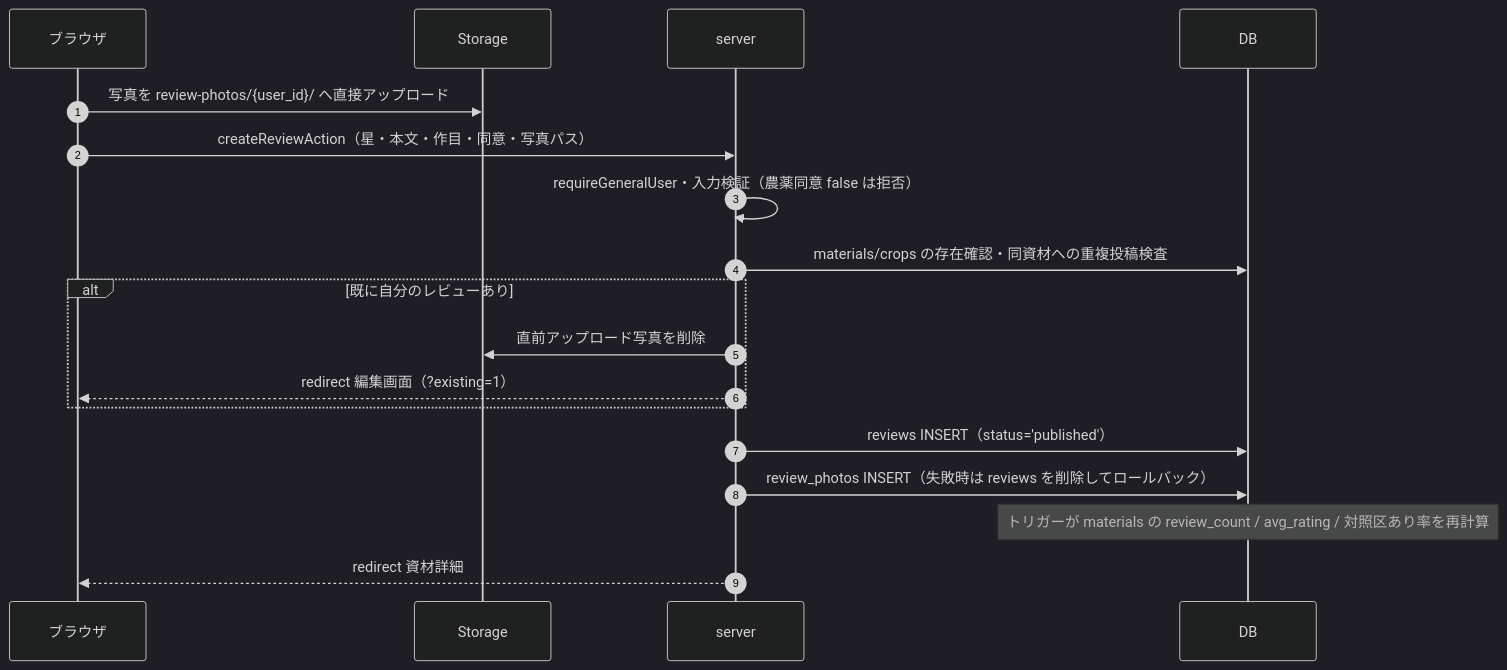
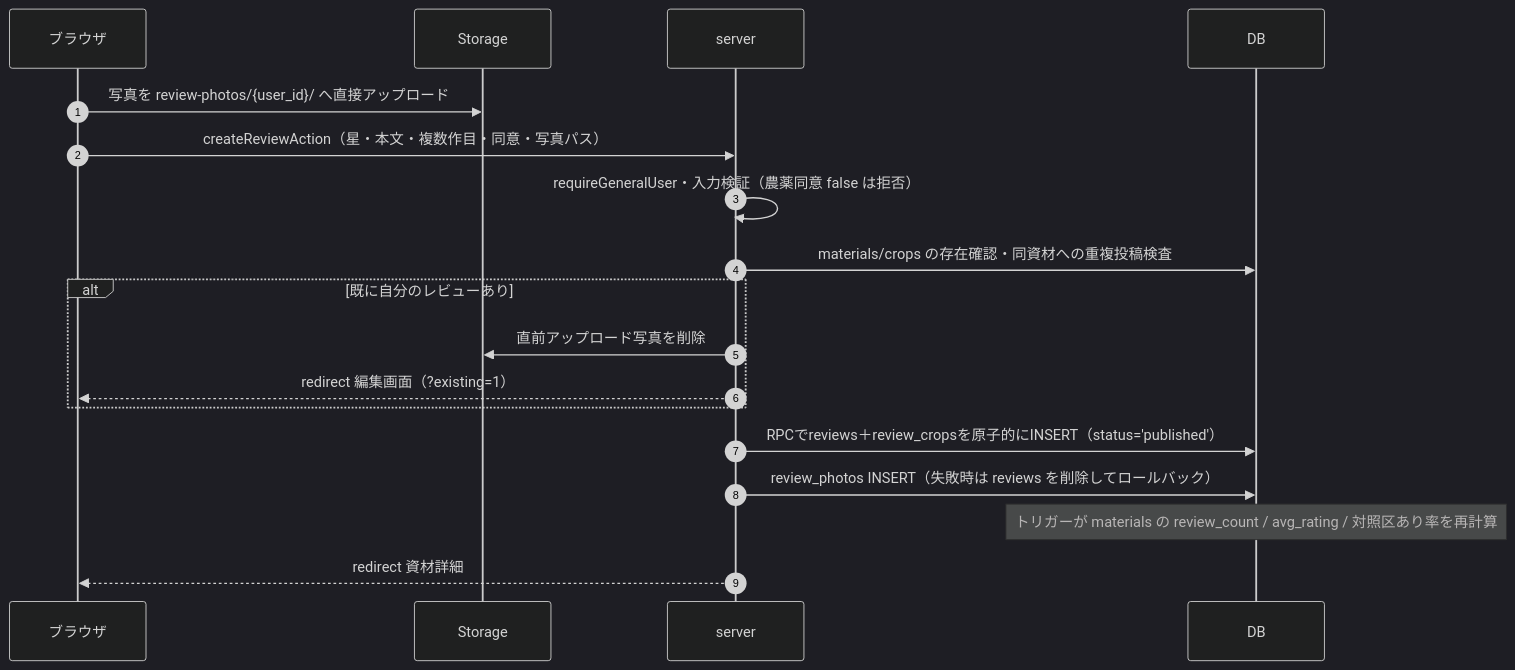
Before and after one commit to farmille/farmille: the tenth of 14 diagrams in docs/rebuild/06-diagrams.md, drawn with Mermaid (dark theme). The commit also changed other lines of this file and 81 other files, not shown here.

````diff
--- a/docs/rebuild/06-diagrams.md
+++ b/docs/rebuild/06-diagrams.md
@@ -490,21 +582,21 @@
 ```mermaid
 sequenceDiagram
     autonumber
     participant B as ブラウザ
     participant ST as Storage
     participant S as server
     participant D as DB
 
     B->>ST: 写真を review-photos/{user_id}/ へ直接アップロード
-    B->>S: createReviewAction（星・本文・作目・同意・写真パス）
+    B->>S: createReviewAction（星・本文・複数作目・同意・写真パス）
     S->>S: requireGeneralUser・入力検証（農薬同意 false は拒否）
     S->>D: materials/crops の存在確認・同資材への重複投稿検査
     alt 既に自分のレビューあり
         S->>ST: 直前アップロード写真を削除
         S-->>B: redirect 編集画面（?existing=1）
     end
-    S->>D: reviews INSERT（status='published'）
+    S->>D: RPCでreviews＋review_cropsを原子的にINSERT（status='published'）
     S->>D: review_photos INSERT（失敗時は reviews を削除してロールバック）
     Note over D: トリガーが materials の review_count / avg_rating / 対照区あり率を再計算
     S-->>B: redirect 資材詳細 #reviews-heading（投稿完了トースト）
 ```
````
